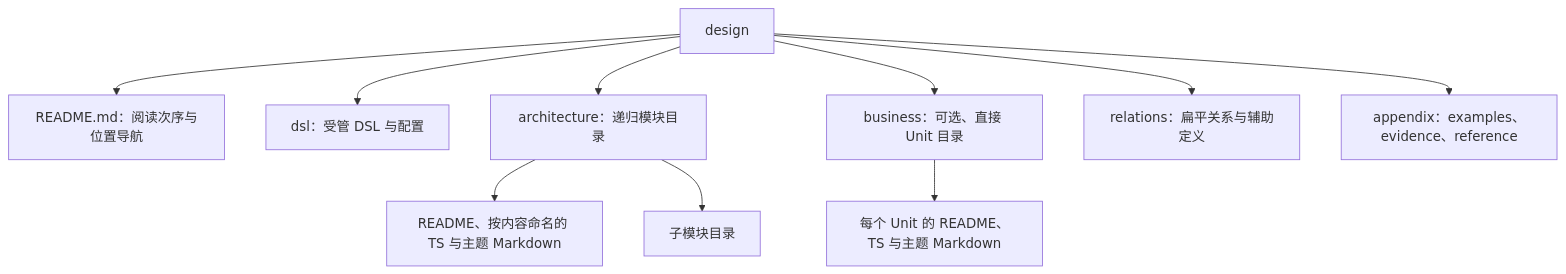
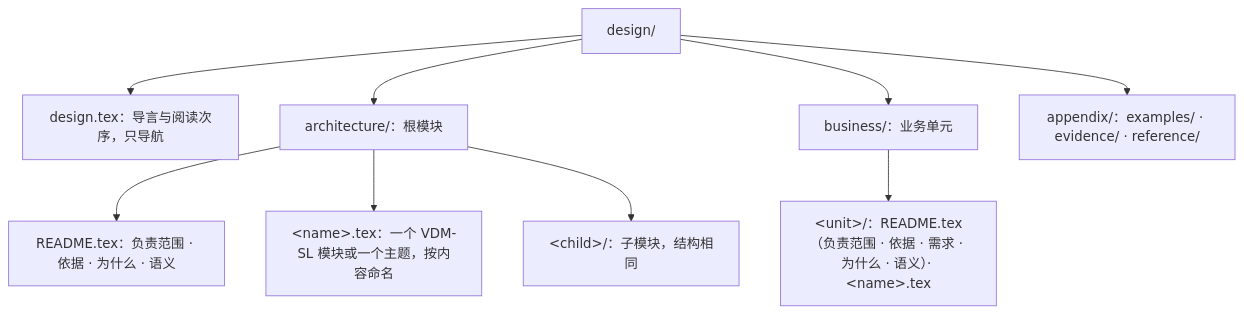
Before and after one commit to mouriya-s-lab/SSoT: the second of 2 diagrams in skills/software-design/SKILL.md, drawn with Mermaid. The commit also changed other lines of this file and 34 other files, not shown here.

First line of the commit message:
Rebuild software-design on literate VDM-SL checked by VDMJ

````diff
--- a/skills/software-design/SKILL.md
+++ b/skills/software-design/SKILL.md
@@ -158,12 +124,12 @@
 ```mermaid
 flowchart TB
-    D[design] --> N[README.md：阅读次序与位置导航]
-    D --> L[dsl：受管 DSL 与配置]
-    D --> A[architecture：递归模块目录]
-    D --> B[business：可选、直接 Unit 目录]
-    D --> R[relations：扁平关系与辅助定义]
-    D --> X[appendix：examples、evidence、reference]
-    A --> AT[README、按内容命名的 TS 与主题 Markdown]
-    A --> AC[子模块目录]
-    B --> BT[每个 Unit 的 README、TS 与主题 Markdown]
+    D["design/"]
+    D --> M["design.tex：导言与阅读次序，只导航"]
+    D --> A["architecture/：根模块"]
+    D --> B["business/：业务单元"]
+    D --> X["appendix/：examples/ · evidence/ · reference/"]
+    A --> AR["README.tex：负责范围 · 依据 · 为什么 · 语义"]
+    A --> AT["&lt;name&gt;.tex：一个 VDM-SL 模块或一个主题，按内容命名"]
+    A --> AK["&lt;child&gt;/：子模块，结构相同"]
+    B --> BU["&lt;unit&gt;/：README.tex（负责范围 · 依据 · 需求 · 为什么 · 语义）· &lt;name&gt;.tex"]
 ```
````
